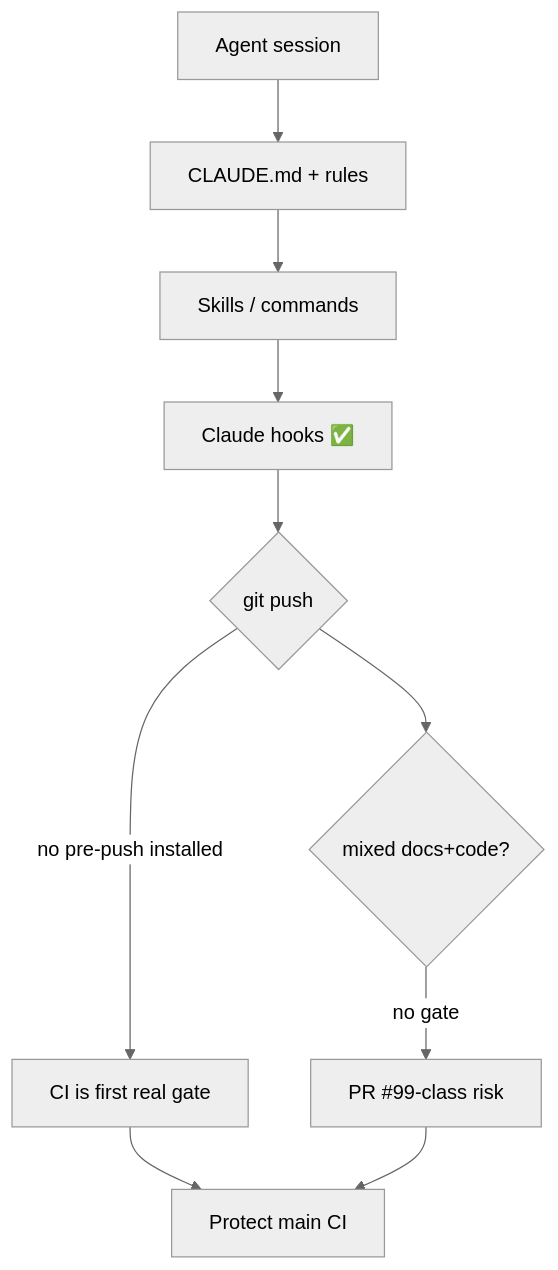
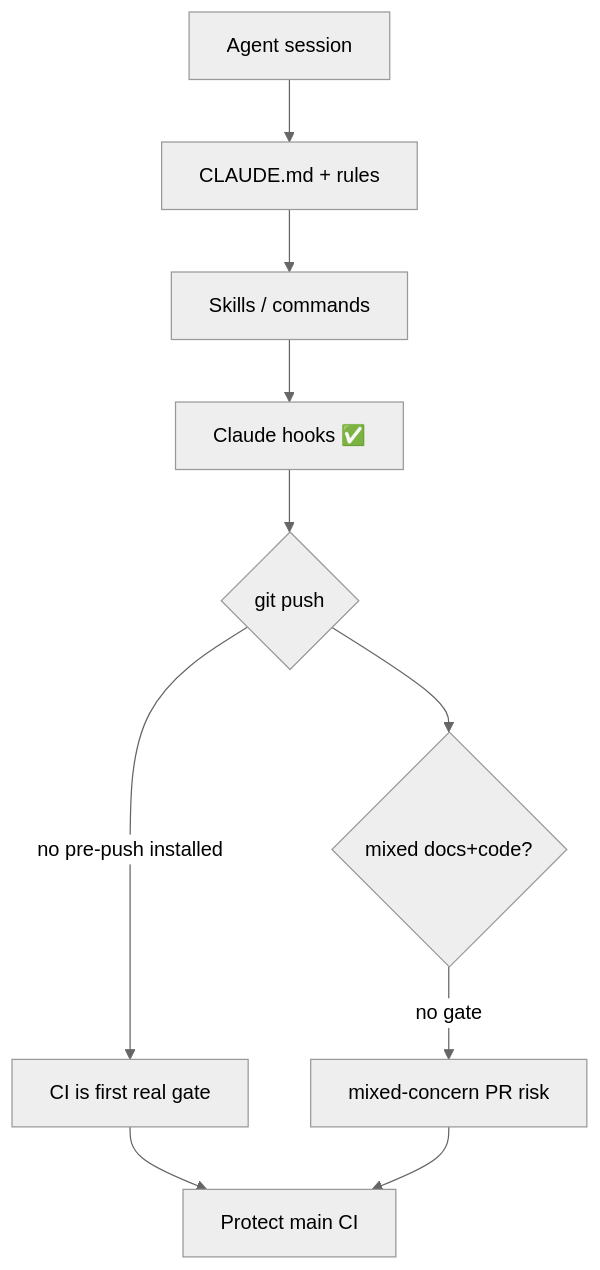
Before and after one commit to amo-tech-ai/lumina-studio: the diagram in docs/process/01-harness-audit-results.md, drawn with Mermaid (neutral theme). The commit also changed 20 other files, not shown here.

````diff
--- a/docs/process/01-harness-audit-results.md
+++ b/docs/process/01-harness-audit-results.md
@@ -111,12 +111,12 @@
 ```mermaid
 flowchart TD
   A[Agent session] --> B[CLAUDE.md + rules]
   B --> C[Skills / commands]
   C --> D[Claude hooks ✅]
   D --> E{git push}
   E -->|no pre-push installed| F[CI is first real gate]
   E --> G{mixed docs+code?}
-  G -->|no gate| H[PR #99-class risk]
+  G -->|no gate| H[mixed-concern PR risk]
   F --> I[Protect main CI]
   H --> I
 ```
````
